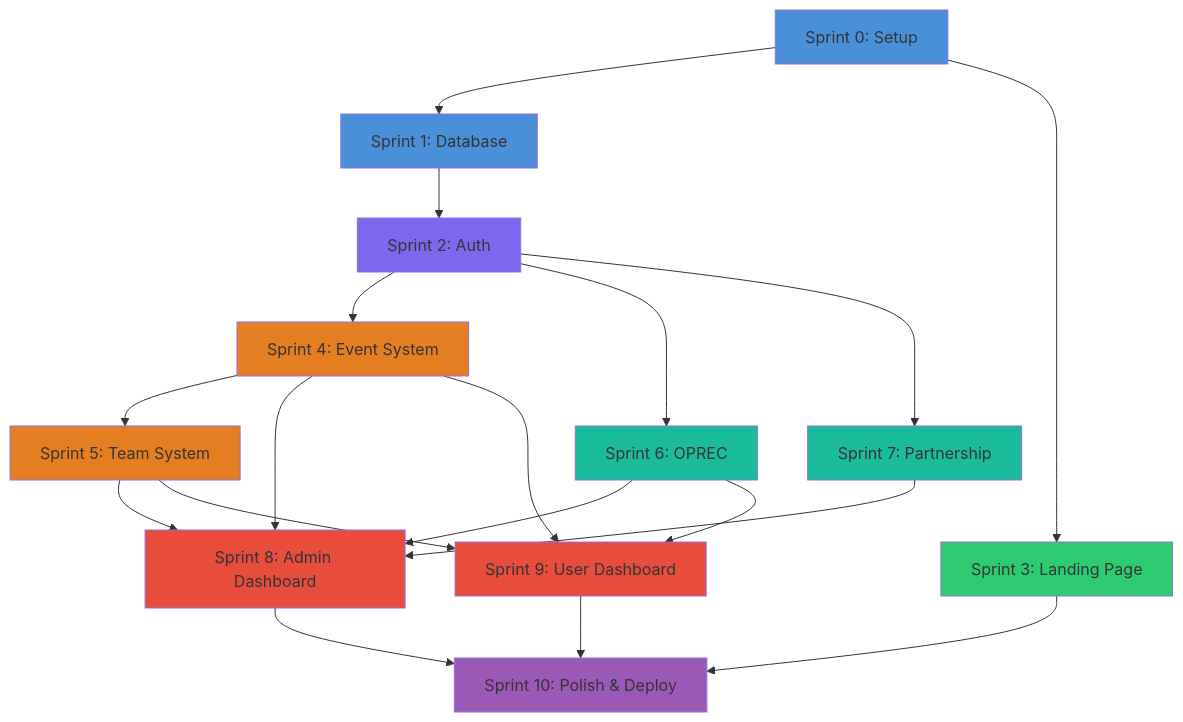
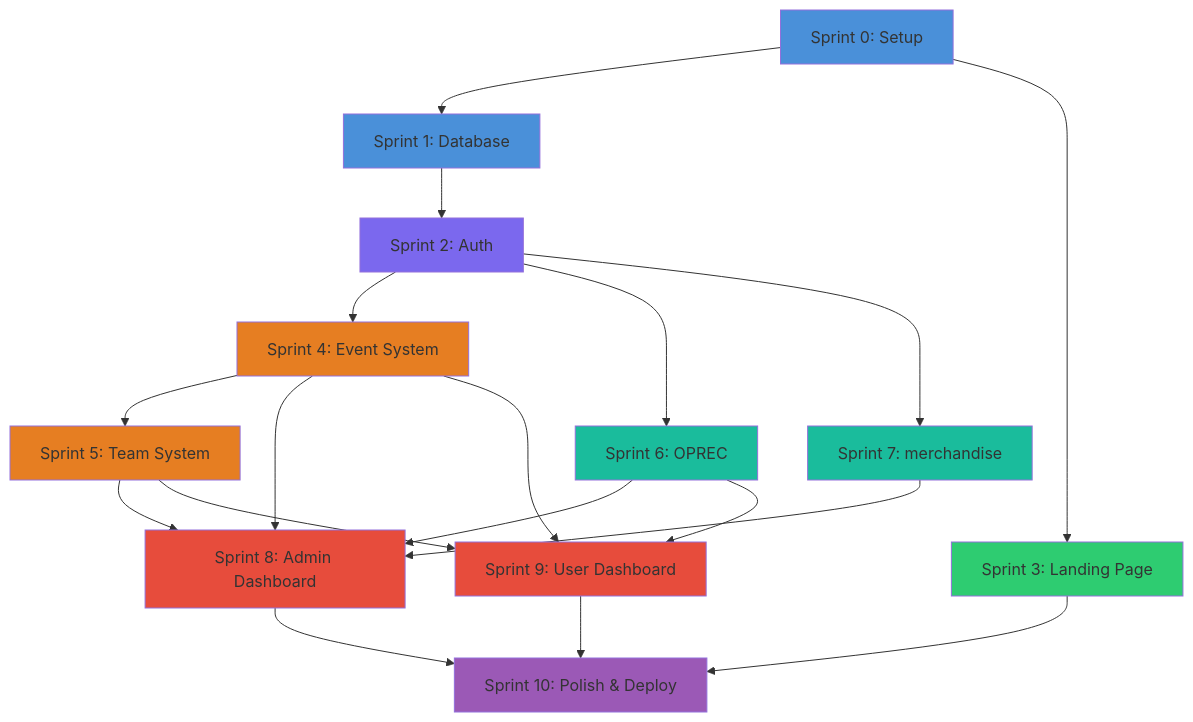
Before and after one commit to krizzn65/SIMANIKA: the fourth of 4 diagrams in architecture.md, drawn with Mermaid. The commit also changed other lines of this file and 7 other files, not shown here.

````diff
--- a/architecture.md
+++ b/architecture.md
@@ -856,32 +856,32 @@
 ```mermaid
 graph TD
     S0["Sprint 0: Setup"] --> S1["Sprint 1: Database"]
     S0 --> S3["Sprint 3: Landing Page"]
     S1 --> S2["Sprint 2: Auth"]
     S2 --> S4["Sprint 4: Event System"]
     S2 --> S6["Sprint 6: OPREC"]
-    S2 --> S7["Sprint 7: Partnership"]
+    S2 --> S7["Sprint 7: merchandise"]
     S4 --> S5["Sprint 5: Team System"]
     S4 --> S8["Sprint 8: Admin Dashboard"]
     S5 --> S8
     S6 --> S8
     S7 --> S8
     S4 --> S9["Sprint 9: User Dashboard"]
     S5 --> S9
     S6 --> S9
     S8 --> S10["Sprint 10: Polish & Deploy"]
     S9 --> S10
     S3 --> S10
 
     style S0 fill:#4A90D9
     style S1 fill:#4A90D9
     style S2 fill:#7B68EE
     style S3 fill:#2ECC71
     style S4 fill:#E67E22
     style S5 fill:#E67E22
     style S6 fill:#1ABC9C
     style S7 fill:#1ABC9C
     style S8 fill:#E74C3C
     style S9 fill:#E74C3C
     style S10 fill:#9B59B6
 ```
````
